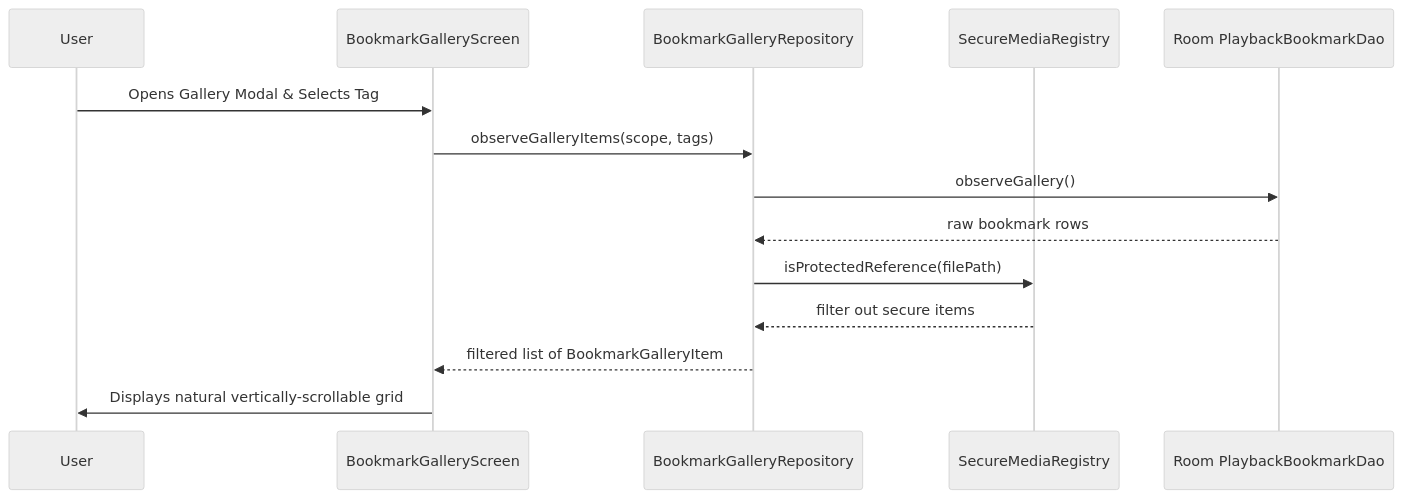
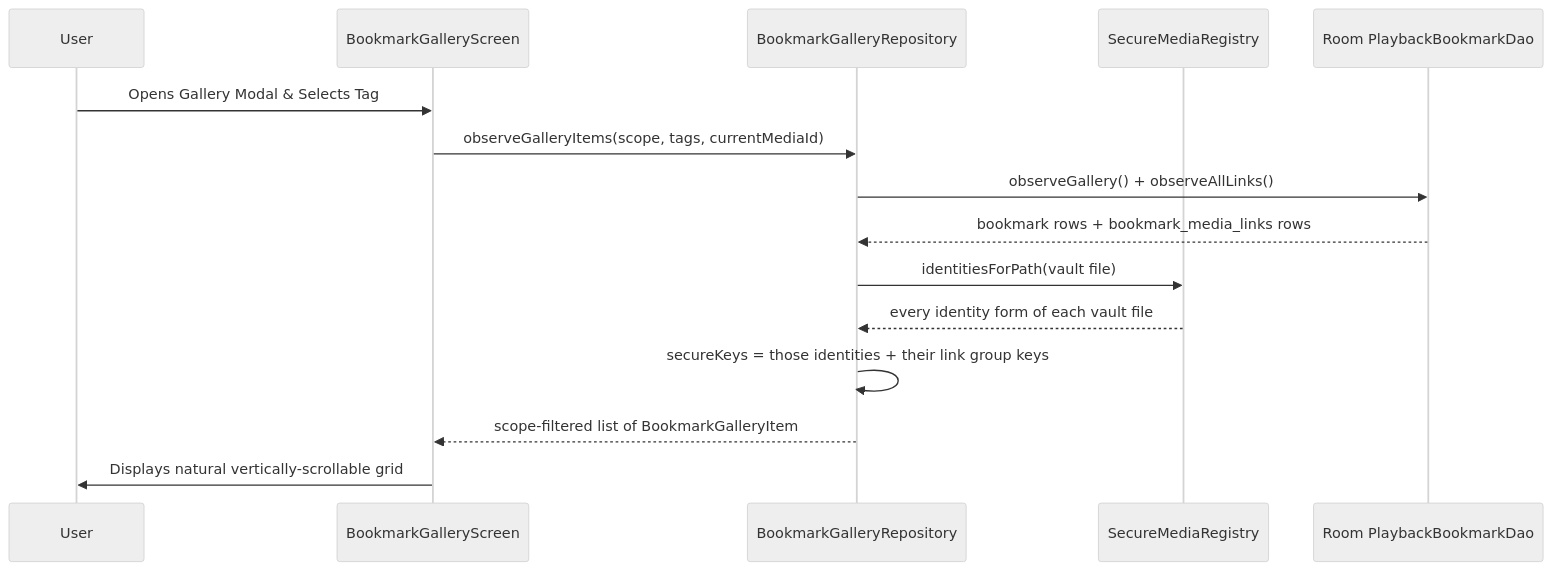
Before and after one commit to Mostakim2005/mpvRx: the fourth of 8 diagrams in docs/ARCHITECTURE.md, drawn with Mermaid (neutral theme). The commit also changed other lines of this file and 3 other files, not shown here.

First line of the commit message:
docs: correct the v3.2.2 architecture, decisions and release evidence

````diff
--- a/docs/ARCHITECTURE.md
+++ b/docs/ARCHITECTURE.md
@@ -138,17 +145,18 @@
 ```mermaid
 sequenceDiagram
     participant User
     participant Gallery as BookmarkGalleryScreen
     participant Repo as BookmarkGalleryRepository
     participant Sec as SecureMediaRegistry
     participant DB as Room PlaybackBookmarkDao
 
     User->>Gallery: Opens Gallery Modal & Selects Tag
-    Gallery->>Repo: observeGalleryItems(scope, tags)
-    Repo->>DB: observeGallery()
-    DB-->>Repo: raw bookmark rows
-    Repo->>Sec: isProtectedReference(filePath)
-    Sec-->>Repo: filter out secure items
-    Repo-->>Gallery: filtered list of BookmarkGalleryItem
+    Gallery->>Repo: observeGalleryItems(scope, tags, currentMediaId)
+    Repo->>DB: observeGallery() + observeAllLinks()
+    DB-->>Repo: bookmark rows + bookmark_media_links rows
+    Repo->>Sec: identitiesForPath(vault file)
+    Sec-->>Repo: every identity form of each vault file
+    Repo->>Repo: secureKeys = those identities + their link group keys
+    Repo-->>Gallery: scope-filtered list of BookmarkGalleryItem
     Gallery->>User: Displays natural vertically-scrollable grid
 ```
````
